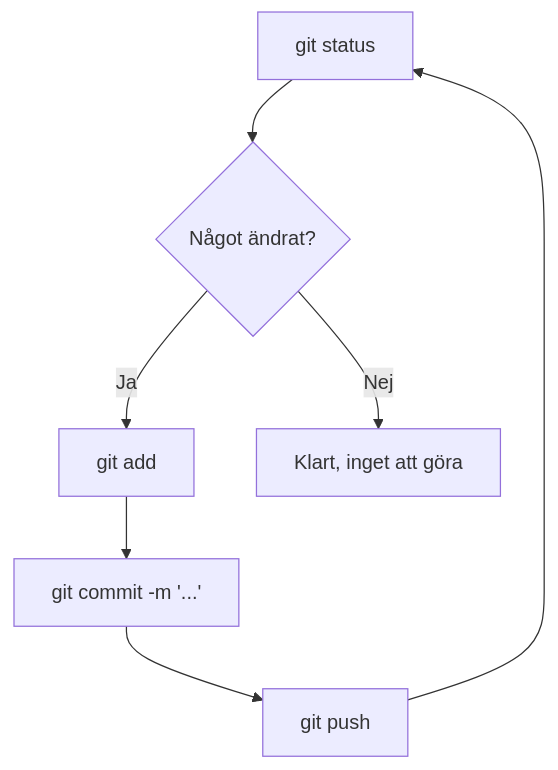
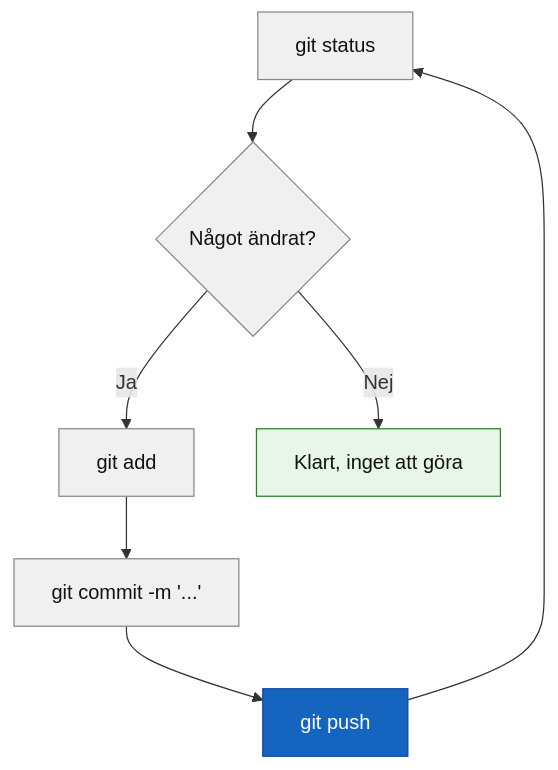
One commit to marcusjobb/YRGO-CLO26-HT26Kursmaterial changed the second of 7 diagrams in CLO26/kurs-01-grundlaggande-oop/01_verktyg_och_git/programmeringstermer/git.md. Above: the diagram before and after it, drawn with Mermaid. The commit also changed other lines of this file and 388 other files, not shown here.

````diff
--- a/CLO26/kurs-01-grundlaggande-oop/01_verktyg_och_git/programmeringstermer/git.md
+++ b/CLO26/kurs-01-grundlaggande-oop/01_verktyg_och_git/programmeringstermer/git.md
@@ -63,9 +67,15 @@
 ```mermaid
 flowchart TD
     A[git status] --> B{Något ändrat?}
     B -->|Ja| C[git add]
     B -->|Nej| F[Klart, inget att göra]
     C --> D[git commit -m '...']
     D --> E[git push]
     E --> A
+    style A fill:#f0f0f0,stroke:#888,color:#111
+    style B fill:#f0f0f0,stroke:#888,color:#111
+    style C fill:#f0f0f0,stroke:#888,color:#111
+    style D fill:#f0f0f0,stroke:#888,color:#111
+    style E fill:#1565c0,stroke:#0d47a1,color:#fff
+    style F fill:#e8f5e9,stroke:#2e7d32,color:#111
 ```
````
